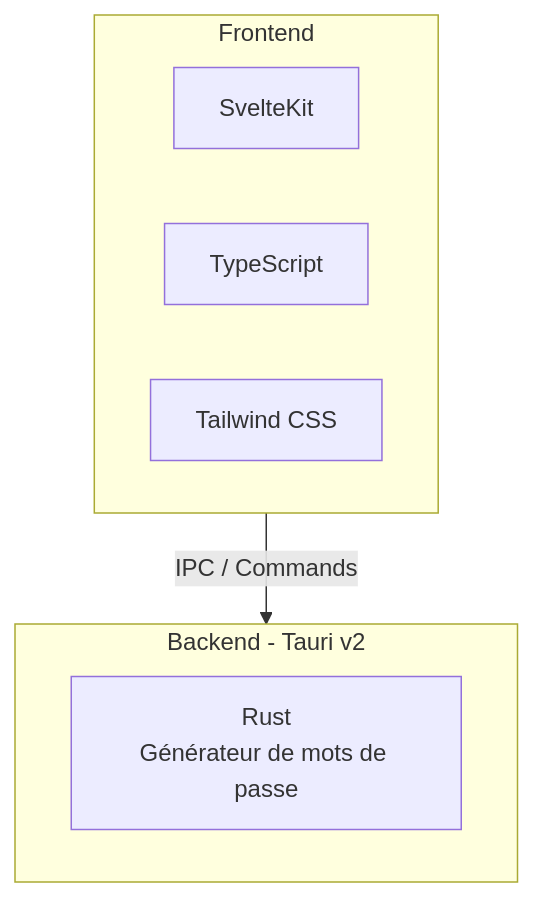
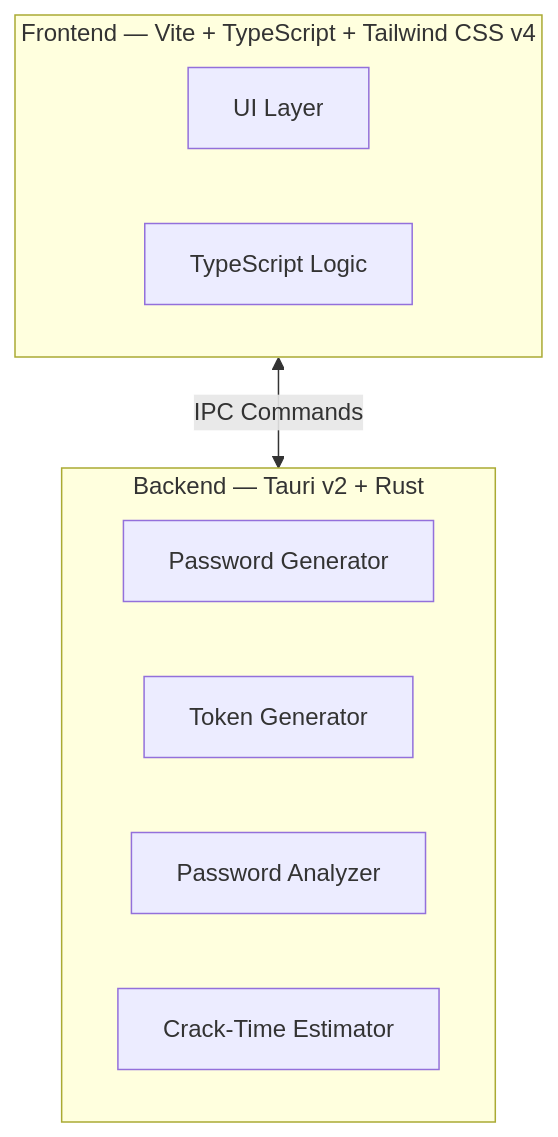
One commit to Maxime-Cllt/madmax-pass changed the diagram in README.md. Above: the diagram before and after it, drawn with Mermaid. The commit also changed other lines of this file and 24 other files, not shown here.

````diff
--- a/README.md
+++ b/README.md
@@ -33,16 +47,18 @@
 ```mermaid
 flowchart TB
-    subgraph Frontend["Frontend"]
+    subgraph Frontend["Frontend — Vite + TypeScript + Tailwind CSS v4"]
         direction LR
-        Svelte["SvelteKit"]
-        TS["TypeScript"]
-        Tailwind["Tailwind CSS"]
+        UI["UI Layer"]
+        TS["TypeScript Logic"]
     end
-    
-    subgraph Backend["Backend - Tauri v2"]
+
+    subgraph Backend["Backend — Tauri v2 + Rust"]
         direction LR
-        Rust["Rust<br/>Générateur de mots de passe"]
+        PW["Password Generator"]
+        TK["Token Generator"]
+        AN["Password Analyzer"]
+        CR["Crack-Time Estimator"]
     end
-    
-    Frontend -->|"IPC / Commands"| Backend
+
+    Frontend <-->|" IPC Commands "| Backend
 ```
````
